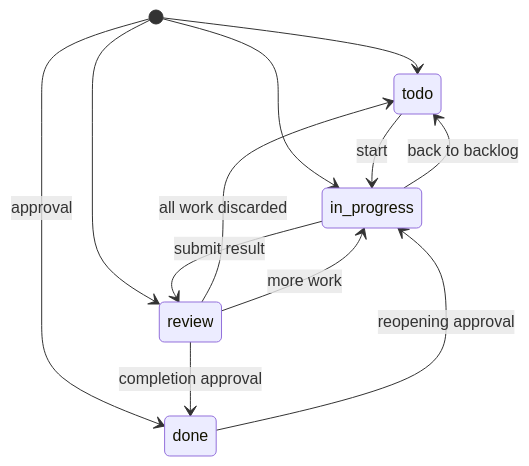
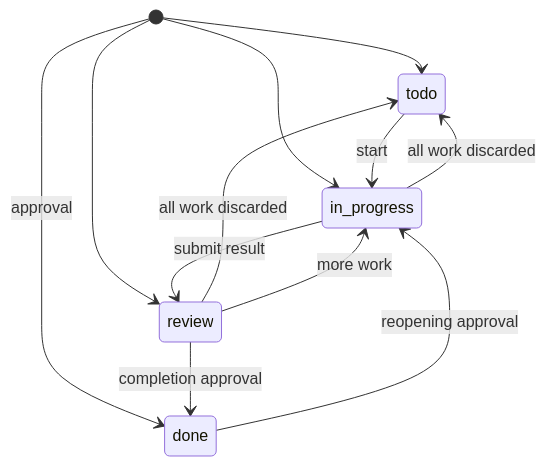
The diagram in README.md (jveres/aad), drawn with Mermaid before and after one commit. The commit also changed other lines of this file and 8 other files, not shown here.

````diff
--- a/README.md
+++ b/README.md
@@ -154,14 +157,14 @@
 ```mermaid
 stateDiagram-v2
     [*] --> todo
     [*] --> in_progress
     [*] --> review
     [*] --> done: approval
     todo --> in_progress: start
-    in_progress --> todo: back to backlog
+    in_progress --> todo: all work discarded
     in_progress --> review: submit result
     review --> todo: all work discarded
     review --> in_progress: more work
     review --> done: completion approval
     done --> in_progress: reopening approval
 ```
````
